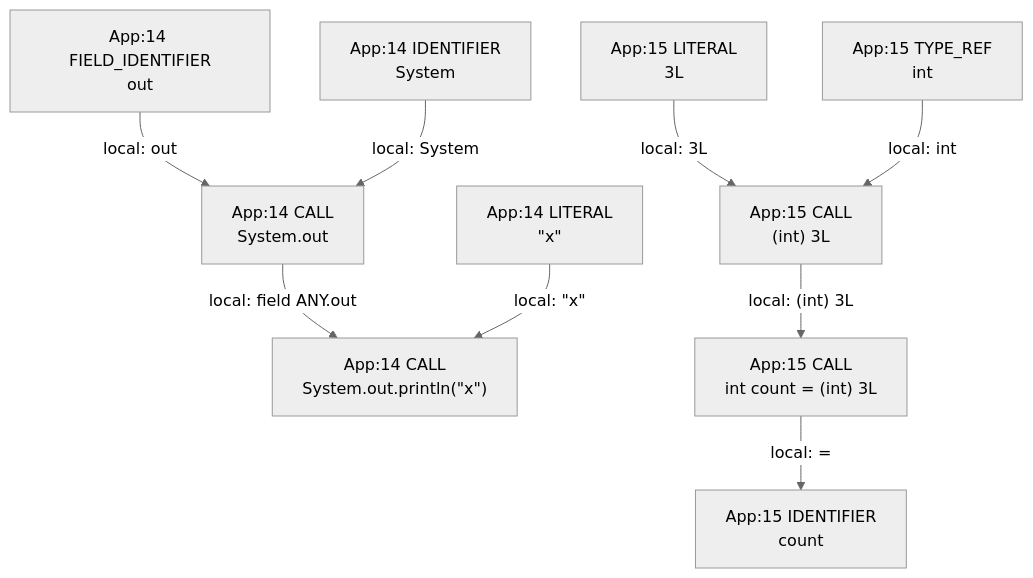
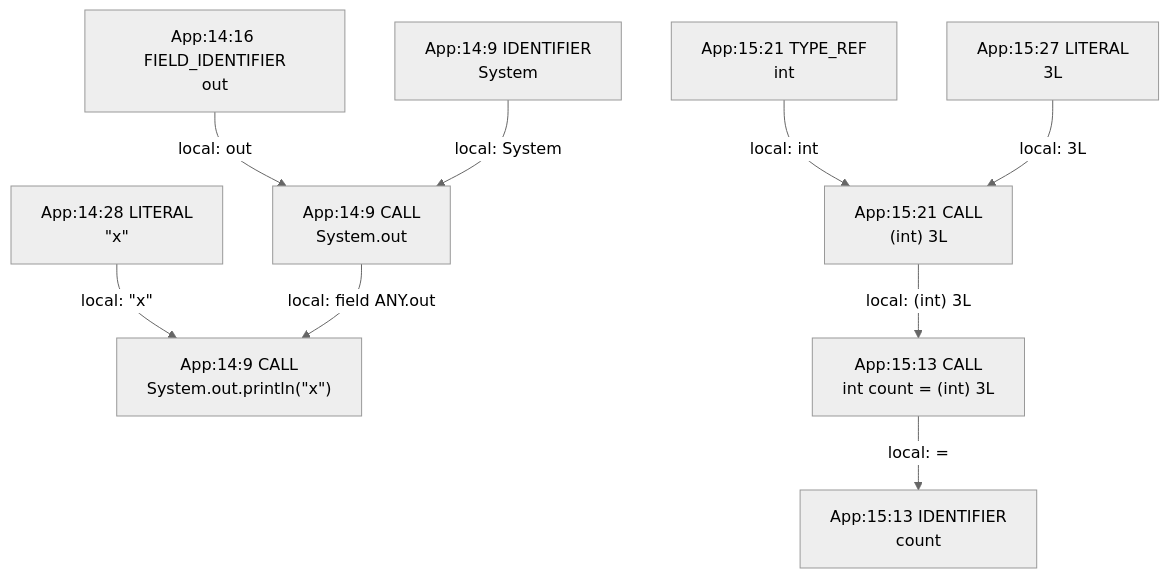
The diagram in app/src/test/resources/unsupported/spike-truth.md (gstiebler/codeflow), drawn with Mermaid (neutral theme) before and after one commit. The commit also changed 154 other files, not shown here.

````diff
--- a/app/src/test/resources/unsupported/spike-truth.md
+++ b/app/src/test/resources/unsupported/spike-truth.md
@@ -3,21 +3,21 @@
 ```mermaid
 flowchart TD
-  n0["App:14 CALL<br/>System.out"]
-  n1["App:14 CALL<br/>System.out.println(#quot;x#quot;)"]
-  n2["App:14 FIELD_IDENTIFIER<br/>out"]
-  n3["App:14 IDENTIFIER<br/>System"]
-  n4["App:14 LITERAL<br/>#quot;x#quot;"]
-  n5["App:15 CALL<br/>(int) 3L"]
-  n6["App:15 CALL<br/>int count = (int) 3L"]
-  n7["App:15 IDENTIFIER<br/>count"]
-  n8["App:15 LITERAL<br/>3L"]
-  n9["App:15 TYPE_REF<br/>int"]
-  n0 -->|"local: field ANY.out"| n1
-  n2 -->|"local: out"| n0
-  n3 -->|"local: System"| n0
-  n4 -->|"local: #quot;x#quot;"| n1
-  n5 -->|"local: (int) 3L"| n6
-  n6 -->|"local: ="| n7
-  n8 -->|"local: 3L"| n5
-  n9 -->|"local: int"| n5
+  n0["App:14:16 FIELD_IDENTIFIER<br/>out"]
+  n1["App:14:28 LITERAL<br/>#quot;x#quot;"]
+  n2["App:14:9 CALL<br/>System.out"]
+  n3["App:14:9 CALL<br/>System.out.println(#quot;x#quot;)"]
+  n4["App:14:9 IDENTIFIER<br/>System"]
+  n5["App:15:13 CALL<br/>int count = (int) 3L"]
+  n6["App:15:13 IDENTIFIER<br/>count"]
+  n7["App:15:21 CALL<br/>(int) 3L"]
+  n8["App:15:21 TYPE_REF<br/>int"]
+  n9["App:15:27 LITERAL<br/>3L"]
+  n0 -->|"local: out"| n2
+  n1 -->|"local: #quot;x#quot;"| n3
+  n2 -->|"local: field ANY.out"| n3
+  n4 -->|"local: System"| n2
+  n5 -->|"local: ="| n6
+  n7 -->|"local: (int) 3L"| n5
+  n8 -->|"local: int"| n7
+  n9 -->|"local: 3L"| n7
 ```
````
